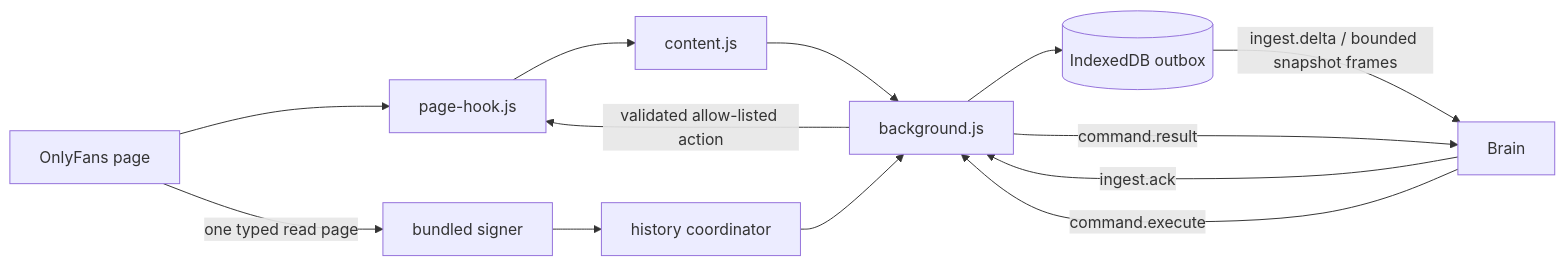
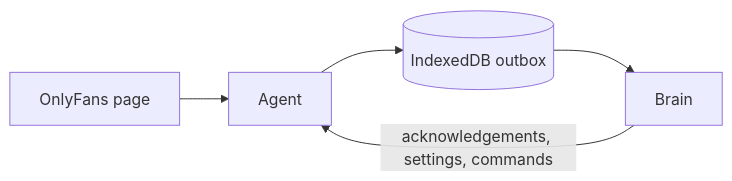
Before and after one commit to ramiradwan/onlyfans-conversational-analytics: the diagram in extension/README.md, drawn with Mermaid. The commit also changed other lines of this file and 32 other files, not shown here.

````diff
--- a/extension/README.md
+++ b/extension/README.md
@@ -21,15 +17,7 @@
 ```mermaid
 flowchart LR
-  PAGE[OnlyFans page] --> HOOK[page-hook.js]
-  HOOK --> CONTENT[content.js]
-  CONTENT --> WORKER[background.js]
-  PAGE -->|one typed read page| SIGNER[bundled signer]
-  SIGNER --> HISTORY[history coordinator]
-  HISTORY --> WORKER
-  WORKER --> OUTBOX[(IndexedDB outbox)]
-  OUTBOX -->|ingest.delta / bounded snapshot frames| BRAIN[Brain]
-  BRAIN -->|ingest.ack| WORKER
-  BRAIN -->|command.execute| WORKER
-  WORKER -->|validated allow-listed action| HOOK
-  WORKER -->|command.result| BRAIN
+    PAGE[OnlyFans page] --> AGENT[Agent]
+    AGENT --> OUTBOX[(IndexedDB outbox)]
+    OUTBOX --> BRAIN[Brain]
+    BRAIN -->|acknowledgements, settings, commands| AGENT
 ```
````
